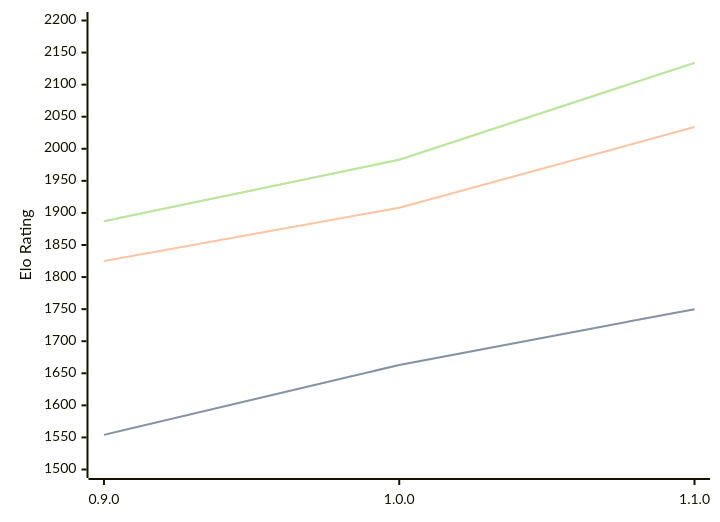
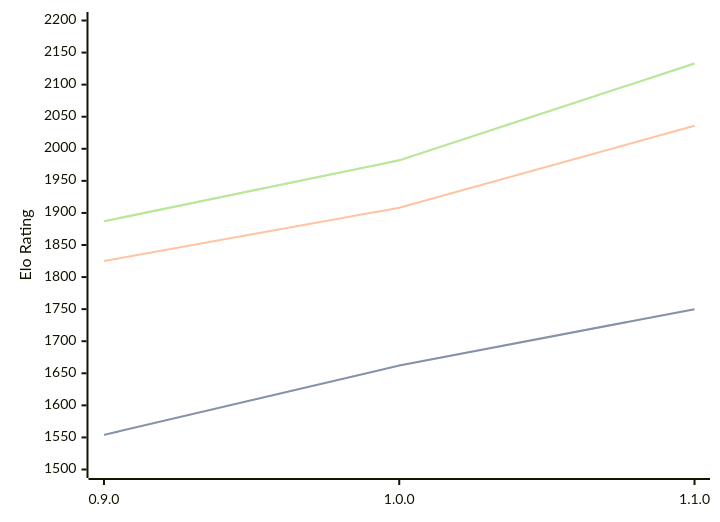
One commit to computer-chess-index/cci changed the diagram in engines/Ratsu.md. Above: the diagram before and after it, drawn with Mermaid. The commit also changed other lines of this file, not shown here.

Commit message:
Update CCI Ratings (ELO VLTC) - 2026-04-28

````diff
--- a/engines/Ratsu.md
+++ b/engines/Ratsu.md
@@ -33,11 +33,11 @@
 ```mermaid
 %%{init: {"theme":"base","themeVariables":{"seriesColors:['#a3a3a3','#222221','#faa371']}}}%%
 xychart-beta
   x-axis ["0.9.0", "1.0.0", "1.1.0"]
   y-axis "Elo Rating" 1500 --> 2200
-  line "STC (8.0+0.08s)" [1554, 1663, 1750]
-  line "STC (8.0+0.08s)" [1554, 1663, 1750]
-  line "LTC (60.0+0.60s)" [1825, 1908, 2034]
-  line "VLTC (2m24s+1.12s)" [1887, 1983, 2134]
-  line "VLTC (2m24s+1.12s)" [1887, 1983, 2134]
+  line "STC (8.0+0.08s)" [1554, 1662, 1750]
+  line "STC (8.0+0.08s)" [1554, 1662, 1750]
+  line "LTC (60.0+0.60s)" [1825, 1908, 2036]
+  line "VLTC (2m24s+1.12s)" [1887, 1982, 2133]
+  line "VLTC (2m24s+1.12s)" [1887, 1982, 2133]
 ```
````
